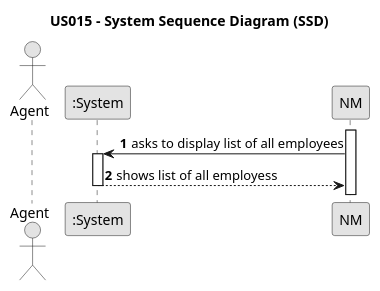
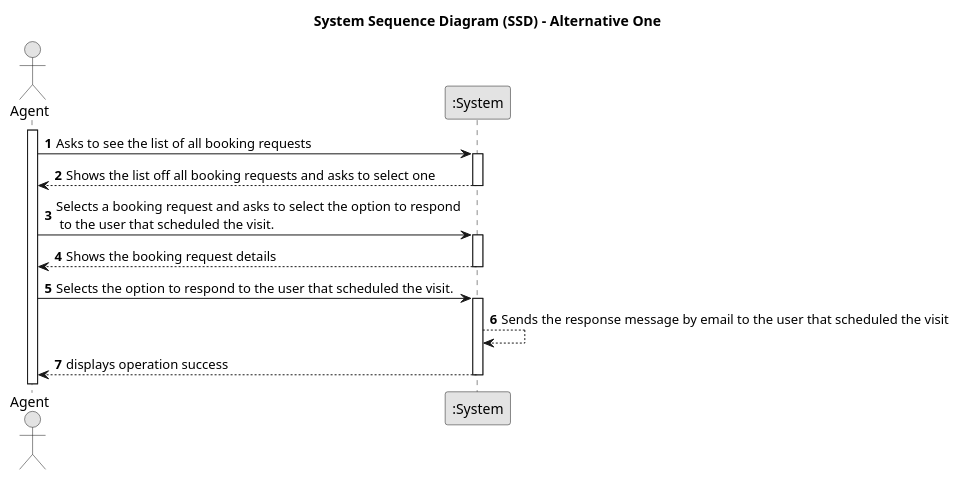
The diagram in docs/sprintD/us016/01.requirements-engineering/puml/us016-system-sequence-diagram.puml (1220812/LAPR2), drawn with PlantUML before and after one commit. The commit also changed 4 other files, not shown here.

Commit message:
Made the class diagram, sequence diagram full and system sequence diagram for us016.

```diff
--- a/docs/sprintD/us016/01.requirements-engineering/puml/us016-system-sequence-diagram.puml
+++ b/docs/sprintD/us016/01.requirements-engineering/puml/us016-system-sequence-diagram.puml
@@ -1,22 +1,40 @@
 @startuml
 skinparam monochrome true
 skinparam packageStyle rectangle
 skinparam shadowing false
 
-title US015 - System Sequence Diagram (SSD)
+title System Sequence Diagram (SSD) - Alternative One
 
 autonumber
 
-actor "Agent" as AGENT
+actor "Agent" as Employee
 participant ":System" as System
 
-activate NM
+activate Employee
 
-    NM -> System : asks to display list of all employees
+    Employee -> System : Asks to see the list of all booking requests
 
     activate System
 
-        System --> NM : shows list of all employess
+    System --> Employee : Shows the list off all booking requests and asks to select one
+
+    deactivate System
+
+    Employee -> System : Selects a booking request and asks to select the option to respond\n to the user that scheduled the visit.
+
+    activate System
+
+    System --> Employee : Shows the booking request details
+
+    deactivate System
+
+    Employee -> System : Selects the option to respond to the user that scheduled the visit.
+    activate System
+
+    System --> System : Sends the response message by email to the user that scheduled the visit
+
+    System --> Employee : displays operation success
+
     deactivate System
 
 @enduml
```
